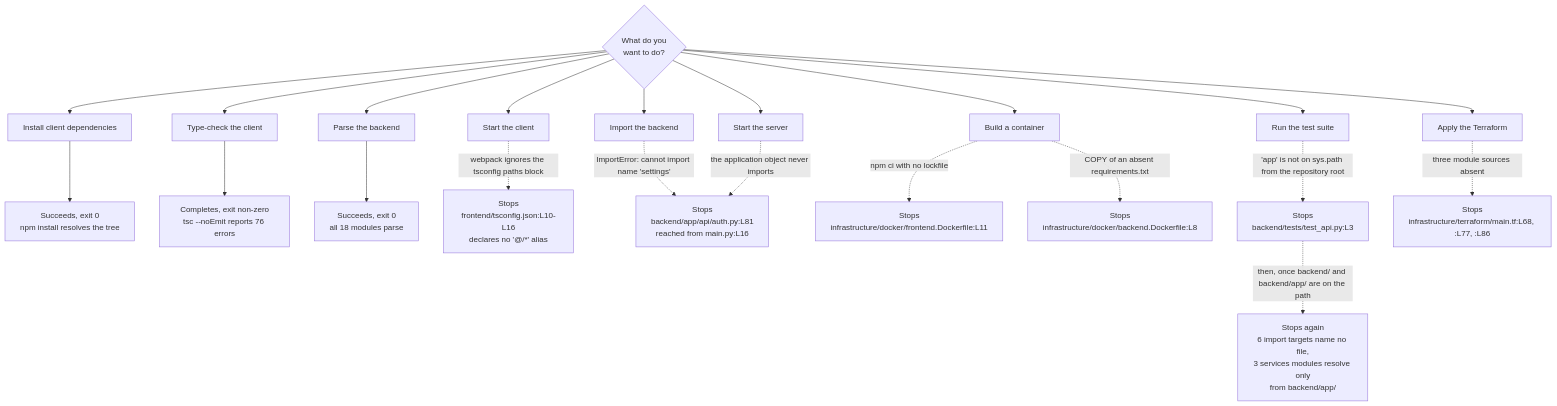
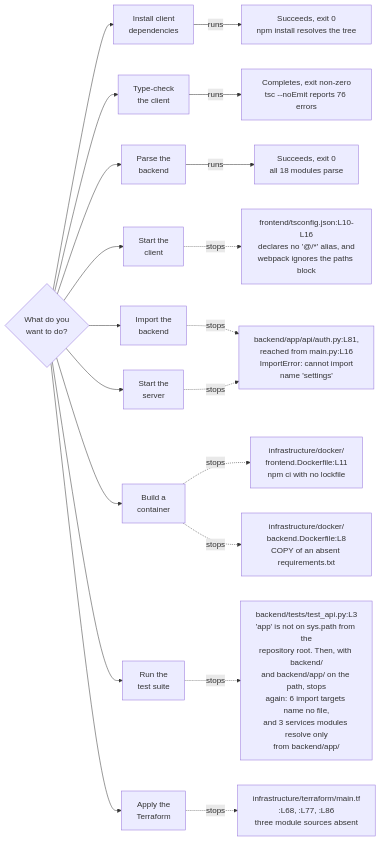
One commit to blitzy-public-samples/microsoft-word-u33ko0 changed the diagram in docs/onboarding.md. Above: the diagram before and after it, drawn with Mermaid. The commit also changed 20 other files, not shown here.

First line of the commit message:
﻿docs: resolve QA findings on Mermaid legibility, label integrity and accessibility

````diff
--- a/docs/onboarding.md
+++ b/docs/onboarding.md
@@ -498,31 +498,32 @@
 ```mermaid
-graph TD
+graph LR
+    accTitle: What runs today and where each run stops
+    accDescr: A decision node fans out to nine tasks. Three run to completion. Six stop, and each failure node names the file and line that stops it.
     START{"What do you<br/>want to do?"}
 
-    START --> A["Install client dependencies"]
-    START --> B["Type-check the client"]
-    START --> C["Parse the backend"]
-    START --> D["Start the client"]
-    START --> E["Import the backend"]
-    START --> F["Start the server"]
-    START --> G["Build a container"]
-    START --> H["Run the test suite"]
-    START --> I["Apply the Terraform"]
+    START --> A["Install client<br/>dependencies"]
+    START --> B["Type-check<br/>the client"]
+    START --> C["Parse the<br/>backend"]
+    START --> D["Start the<br/>client"]
+    START --> E["Import the<br/>backend"]
+    START --> F["Start the<br/>server"]
+    START --> G["Build a<br/>container"]
+    START --> H["Run the<br/>test suite"]
+    START --> I["Apply the<br/>Terraform"]
 
-    A --> AOK["Succeeds, exit 0<br/>npm install resolves the tree"]
-    B --> BOK["Completes, exit non-zero<br/>tsc --noEmit reports 76 errors"]
-    C --> COK["Succeeds, exit 0<br/>all 18 modules parse"]
+    A -->|"runs"| AOK["Succeeds, exit 0<br/>npm install resolves the tree"]
+    B -->|"runs"| BOK["Completes, exit non-zero<br/>tsc --noEmit reports 76 errors"]
+    C -->|"runs"| COK["Succeeds, exit 0<br/>all 18 modules parse"]
 
-    D -.->|"webpack ignores the tsconfig paths block"| DNO["Stops<br/>frontend/tsconfig.json:L10-L16<br/>declares no '@/*' alias"]
-    E -.->|"ImportError: cannot import name 'settings'"| ENO["Stops<br/>backend/app/api/auth.py:L81<br/>reached from main.py:L16"]
-    F -.->|"the application object never imports"| ENO
-    G -.->|"npm ci with no lockfile"| GNO1["Stops<br/>infrastructure/docker/frontend.Dockerfile:L11"]
-    G -.->|"COPY of an absent requirements.txt"| GNO2["Stops<br/>infrastructure/docker/backend.Dockerfile:L8"]
-    H -.->|"'app' is not on sys.path from the repository root"| HNO1["Stops<br/>backend/tests/test_api.py:L3"]
-    HNO1 -.->|"then, once backend/ and backend/app/ are on the path"| HNO2["Stops again<br/>6 import targets name no file,<br/>3 services modules resolve only<br/>from backend/app/"]
-    I -.->|"three module sources absent"| INO["Stops<br/>infrastructure/terraform/main.tf:L68, :L77, :L86"]
+    D -.->|"stops"| DNO["frontend/tsconfig.json:L10-L16<br/>declares no '@/*' alias, and<br/>webpack ignores the paths block"]
+    E -.->|"stops"| ENO["backend/app/api/auth.py:L81,<br/>reached from main.py:L16<br/>ImportError: cannot import<br/>name 'settings'"]
+    F -.->|"stops"| ENO
+    G -.->|"stops"| GNO1["infrastructure/docker/<br/>frontend.Dockerfile:L11<br/>npm ci with no lockfile"]
+    G -.->|"stops"| GNO2["infrastructure/docker/<br/>backend.Dockerfile:L8<br/>COPY of an absent requirements.txt"]
+    H -.->|"stops"| HNO["backend/tests/test_api.py:L3<br/>'app' is not on sys.path from the<br/>repository root. Then, with backend/<br/>and backend/app/ on the path, stops<br/>again: 6 import targets name no file,<br/>and 3 services modules resolve only<br/>from backend/app/"]
+    I -.->|"stops"| INO["infrastructure/terraform/main.tf<br/>:L68, :L77, :L86<br/>three module sources absent"]
 
 %% A solid edge marks a path that runs to completion, and its node states whether the run succeeded.
-%% A dashed, labelled edge marks a path that stops before completing, and every failure node names the
-%% file and line that stops it.
+%% A dashed edge marks a path that stops before completing, and every failure node names the file
+%% and line that stops it.
 ```
````
